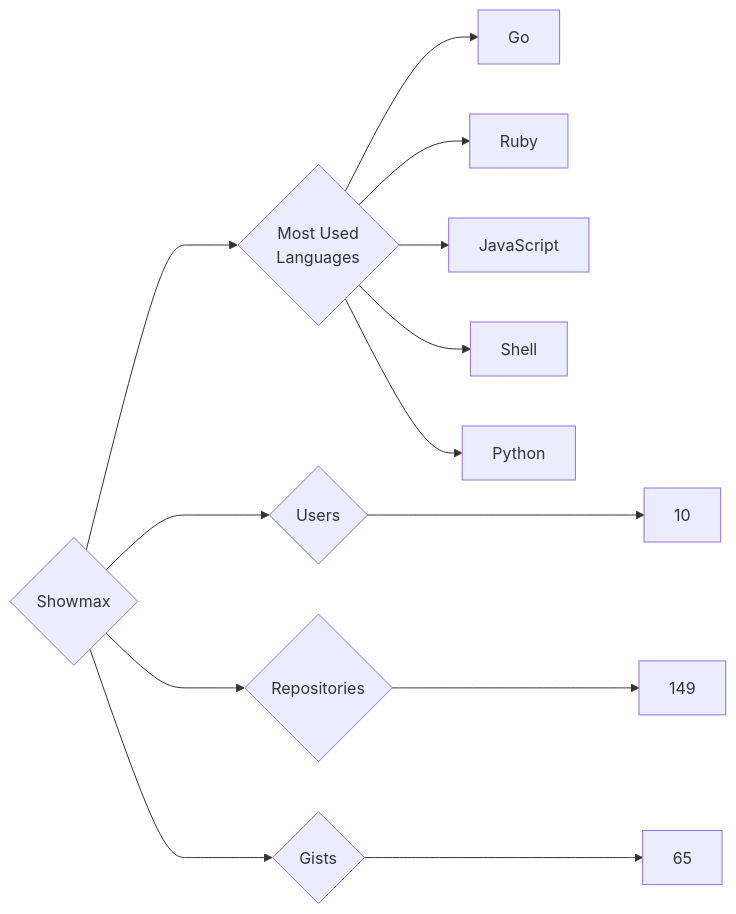
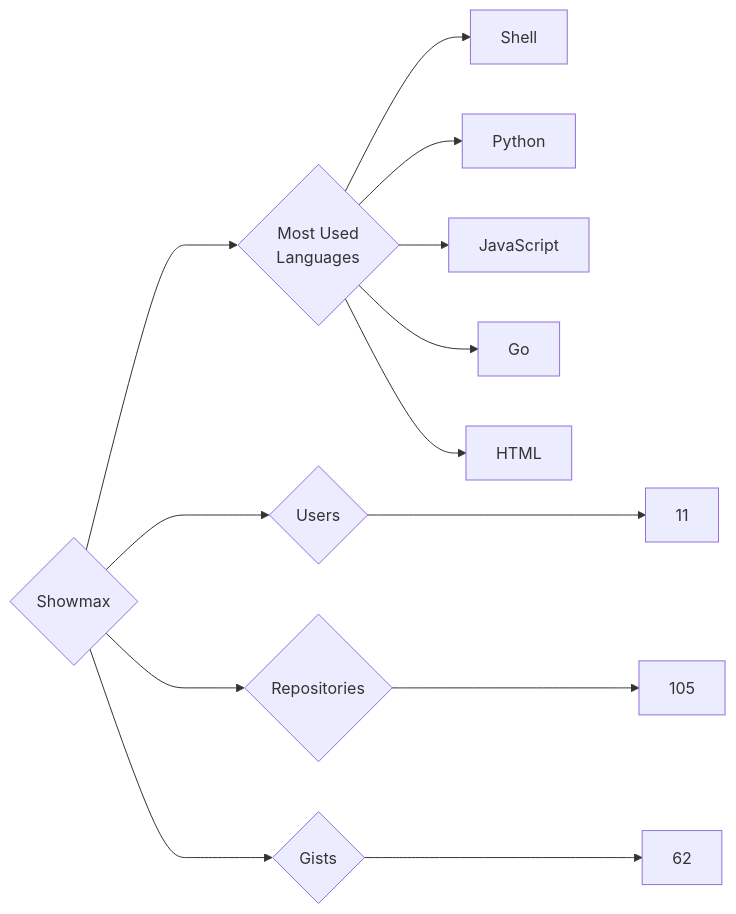
One commit to trickest/insiders changed the diagram in targets/Showmax/README.md. Above: the diagram before and after it, drawn with Mermaid. The commit also changed 814 other files, not shown here.

````diff
--- a/targets/Showmax/README.md
+++ b/targets/Showmax/README.md
@@ -3,13 +3,13 @@
 ```mermaid
 graph LR
 COMPANY_NAME{Showmax}
-COMPANY_NAME ---> U{Users} ---> UN[10]
-COMPANY_NAME ---> R{Repositories} ---> RN[149]
-COMPANY_NAME ---> G{Gists} ---> GN[65]
+COMPANY_NAME ---> U{Users} ---> UN[11]
+COMPANY_NAME ---> R{Repositories} ---> RN[105]
+COMPANY_NAME ---> G{Gists} ---> GN[62]
 COMPANY_NAME ---> ML{Most Used<br>Languages}
-ML --> Go[Go]
-ML --> Ruby[Ruby]
-ML --> JavaScript[JavaScript]
 ML --> Shell[Shell]
 ML --> Python[Python]
+ML --> JavaScript[JavaScript]
+ML --> Go[Go]
+ML --> HTML[HTML]
 ```
````
